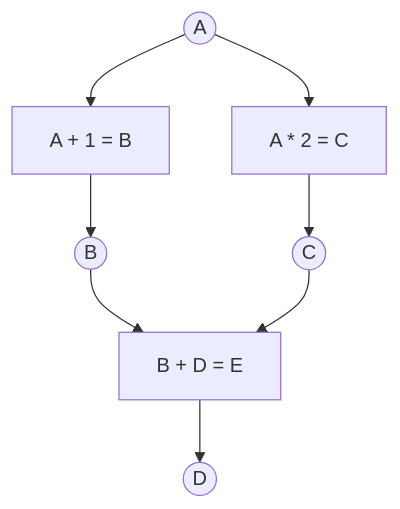
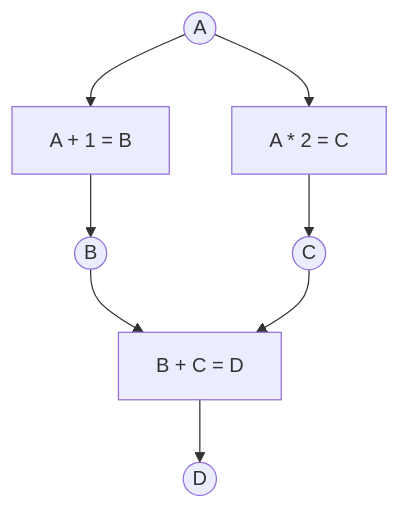
One commit to Gozala/workspace changed the diagram in journals/2024_06_17.md. Above: the diagram before and after it, drawn with Mermaid. The commit also changed other lines of this file, not shown here.

Commit message:
Auto saved by Logseq

````diff
--- a/journals/2024_06_17.md
+++ b/journals/2024_06_17.md
@@ -3,15 +3,15 @@
   ```mermaid
   flowchart TB
   A((A))
   B((B))
   C((C))
   D((D))
   A+1[A + 1 = B]
   2*A[A * 2 = C]
-  B+D[B + D = E]
+  B+C[B + C = D]
   
   A --> A+1 --> B
   A --> 2*A --> C
-  B --> B+D
-  C --> B+D --> D
+  B --> B+C
+  C --> B+C --> D
   ```
````
